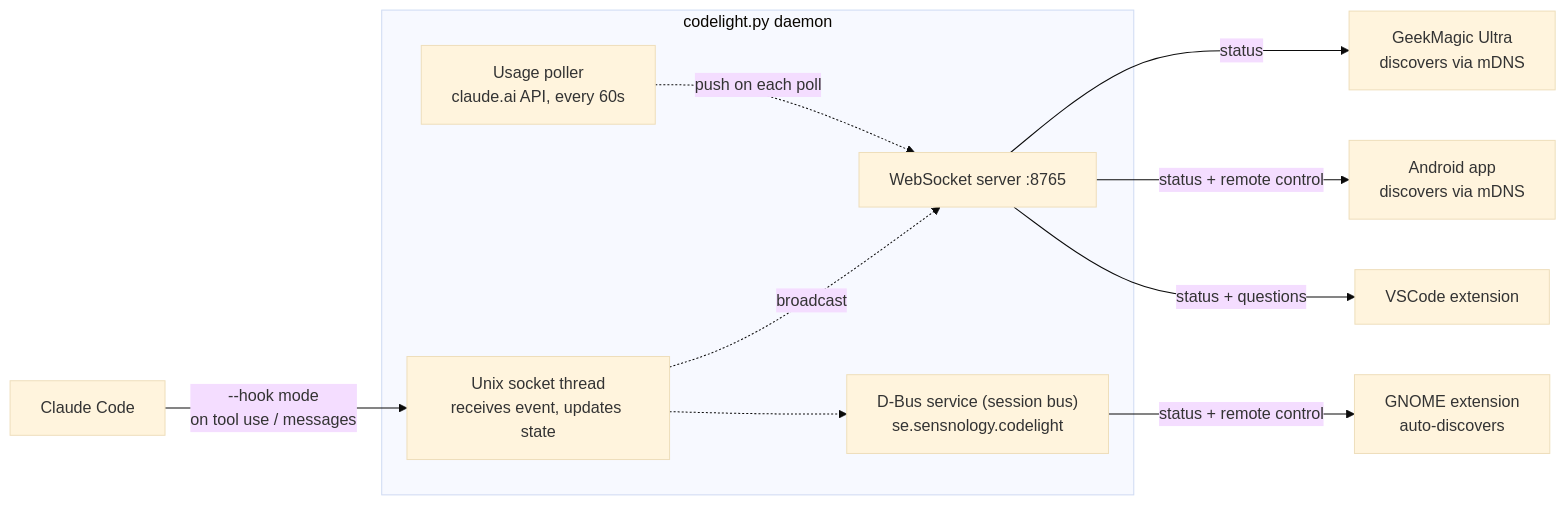
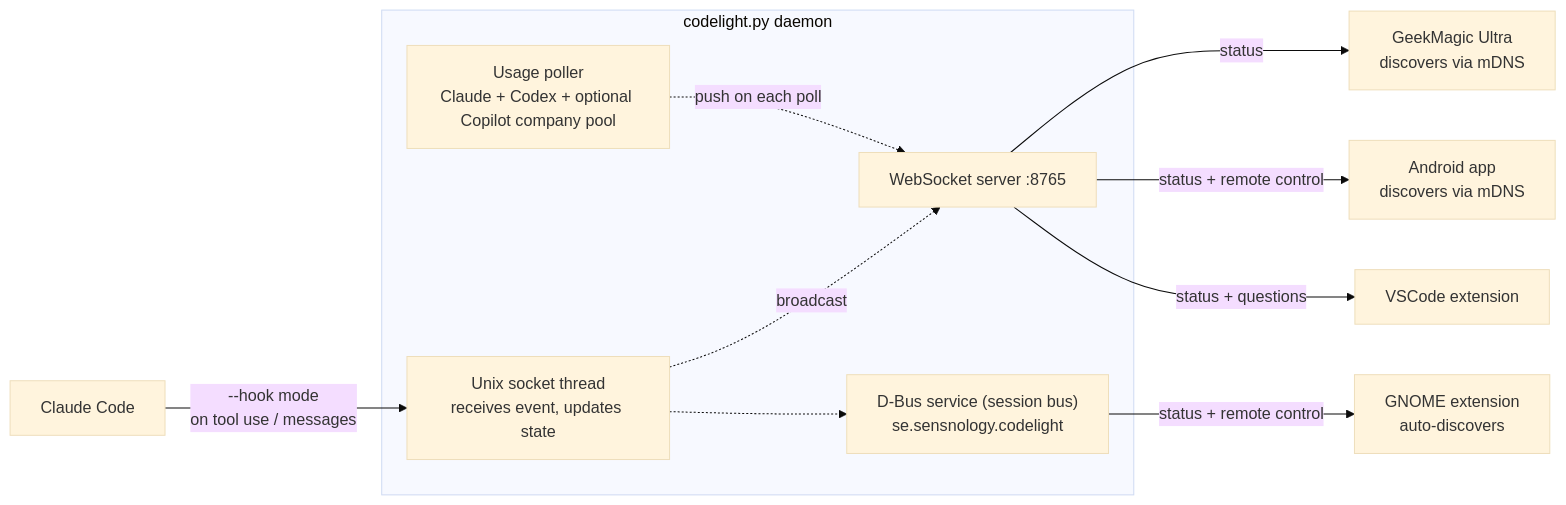
One commit to henrikekblad/codelight changed the diagram in companion/README.md. Above: the diagram before and after it, drawn with Mermaid (base theme). The commit also changed other lines of this file and 50 other files, not shown here.

````diff
--- a/companion/README.md
+++ b/companion/README.md
@@ -178,20 +258,20 @@
 ```mermaid
 flowchart LR
     CC["Claude Code"] -->|--hook mode<br/>on tool use / messages| SOCK
 
     subgraph D["codelight.py daemon"]
         SOCK["Unix socket thread<br/>receives event, updates state"]
-        USAGE["Usage poller<br/>claude.ai API, every 60s"]
+        USAGE["Usage poller<br/>Claude + Codex + optional Copilot company pool"]
         WS["WebSocket server :8765"]
         DBUS["D-Bus service (session bus)<br/>se.sensnology.codelight"]
     end
 
     SOCK -.->|broadcast| WS
     USAGE -.->|push on each poll| WS
     SOCK -.-> DBUS
 
     WS -->|status| SCREEN["GeekMagic Ultra<br/>discovers via mDNS"]
     WS -->|status + remote control| ANDROID["Android app<br/>discovers via mDNS"]
     WS -->|status + questions| VSCODE["VSCode extension"]
     DBUS -->|status + remote control| GNOME["GNOME extension<br/>auto-discovers"]
 ```
````
